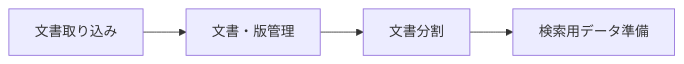
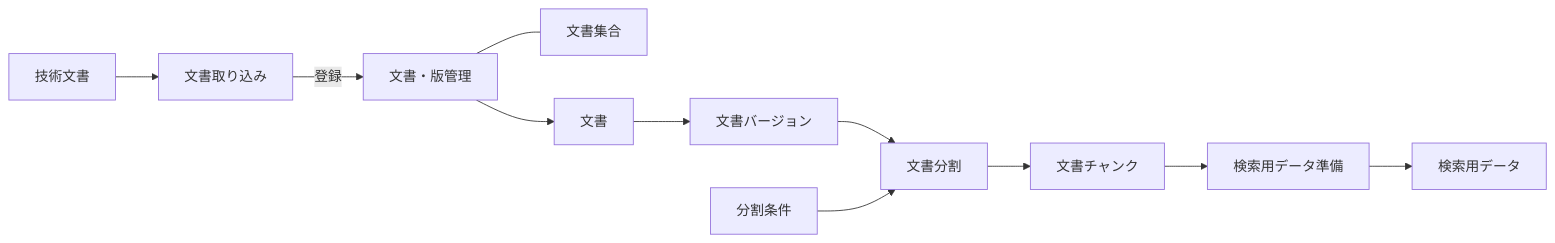
The diagram in project-docs/design/domains/documents/README.md (takashit16833/RAGScope), drawn with Mermaid before and after one commit. The commit also changed other lines of this file and 4 other files, not shown here.

````diff
--- a/project-docs/design/domains/documents/README.md
+++ b/project-docs/design/domains/documents/README.md
@@ -9,9 +9,25 @@
 ```mermaid
 flowchart LR
+    TechnicalDocument["技術文書"]
     Ingest["文書取り込み"]
     Manage["文書・版管理"]
+    Collection["文書集合"]
+    Document["文書"]
+    Version["文書バージョン"]
+    Condition["分割条件"]
     Split["文書分割"]
+    Chunk["文書チャンク"]
     Prepare["検索用データ準備"]
+    SearchData["検索用データ"]
 
-    Ingest --> Manage --> Split --> Prepare
+    TechnicalDocument --> Ingest
+    Ingest -->|"登録"| Manage
+    Manage --- Collection
+    Manage --> Document
+    Document --> Version
+    Version --> Split
+    Condition --> Split
+    Split --> Chunk
+    Chunk --> Prepare
+    Prepare --> SearchData
 ```
````
